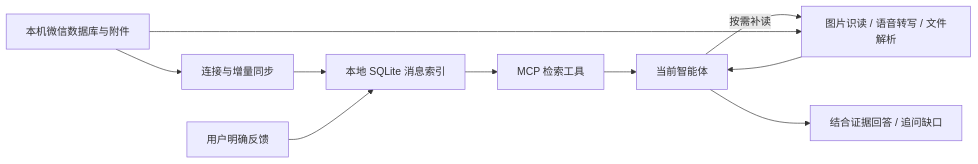
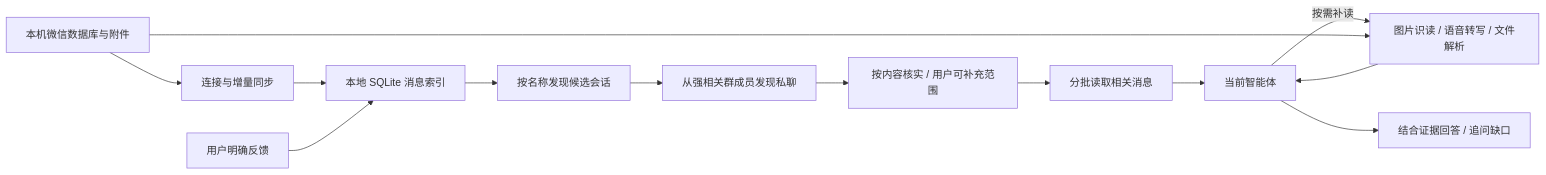
One commit to Haoea1024/wechat-chat-mcp changed the diagram in README.md. Above: the diagram before and after it, drawn with Mermaid. The commit also changed other lines of this file and 9 other files, not shown here.

````diff
--- a/README.md
+++ b/README.md
@@ -235,12 +248,15 @@
 ```mermaid
 flowchart LR
     A[本机微信数据库与附件] --> B[连接与增量同步]
     B --> C[本地 SQLite 消息索引]
-    C --> D[MCP 检索工具]
-    D --> E[当前智能体]
+    C --> D[按名称发现候选会话]
+    D --> I[从强相关群成员发现私聊]
+    I --> J[按内容核实 / 用户可补充范围]
+    J --> K[分批读取相关消息]
+    K --> E[当前智能体]
     E -->|按需补读| F[图片识读 / 语音转写 / 文件解析]
     A --> F
     F --> E
     E --> G[结合证据回答 / 追问缺口]
     H[用户明确反馈] --> C
 ```
````
